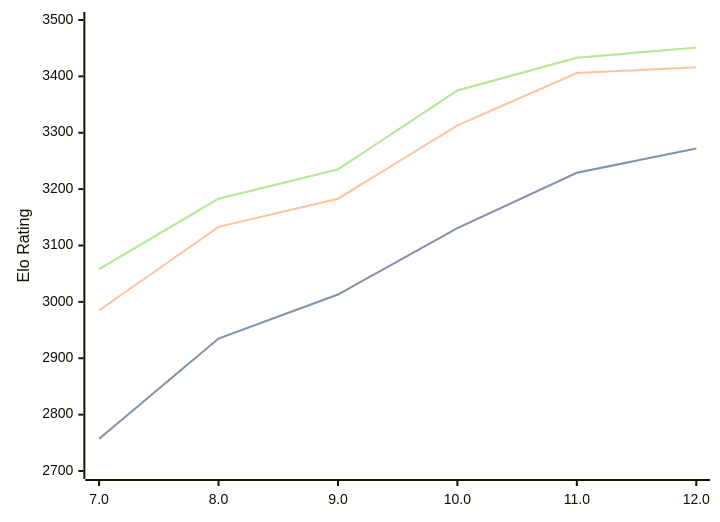
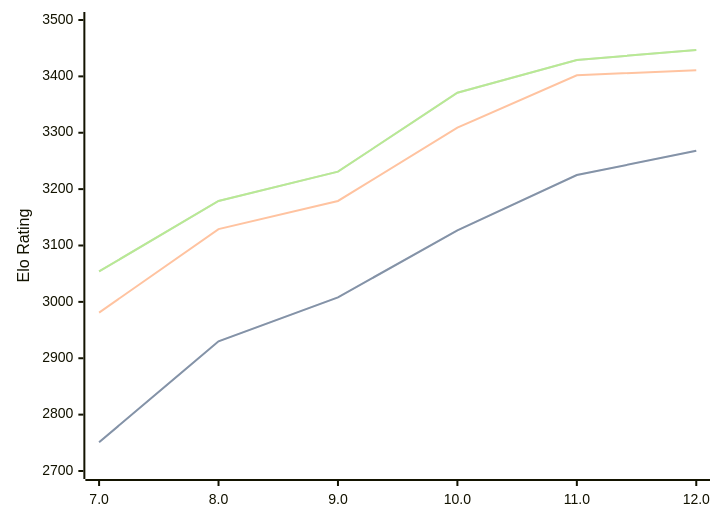
Before and after one commit to computer-chess-index/cci: the first of 3 diagrams in engines/Tcheran.md, drawn with Mermaid. The commit also changed other lines of this file, not shown here.

Commit message:
Update CCI Ratings (ELO VLTC) - 2026-07-16

````diff
--- a/engines/Tcheran.md
+++ b/engines/Tcheran.md
@@ -50,11 +50,11 @@
 ```mermaid
 %%{init: {"theme":"base","themeVariables":{"seriesColors:['#a3a3a3','#222221','#faa371']}}}%%
 xychart-beta
   x-axis ["7.0", "8.0", "9.0", "10.0", "11.0", "12.0"]
   y-axis "Elo Rating" 2700 --> 3500
-  line "STC (8.0+0.08s)" [2757, 2935, 3013, 3131, 3229, 3272]
-  line "STC (8.0+0.08s)" [2757, 2935, 3013, 3131, 3229, 3272]
-  line "LTC (60.0+0.60s)" [2985, 3133, 3183, 3313, 3406, 3416]
-  line "VLTC (2m24s+1.12s)" [3058, 3183, 3235, 3375, 3433, 3451]
-  line "VLTC (2m24s+1.12s)" [3058, 3183, 3235, 3375, 3433, 3451]
+  line "STC (8.0+0.08s)" [2751, 2930, 3008, 3127, 3225, 3268]
+  line "STC (8.0+0.08s)" [2751, 2930, 3008, 3127, 3225, 3268]
+  line "LTC (60.0+0.60s)" [2981, 3129, 3179, 3309, 3402, 3411]
+  line "VLTC (2m24s+1.12s)" [3054, 3179, 3231, 3371, 3429, 3447]
+  line "VLTC (2m24s+1.12s)" [3054, 3179, 3231, 3371, 3429, 3447]
 ```
````
